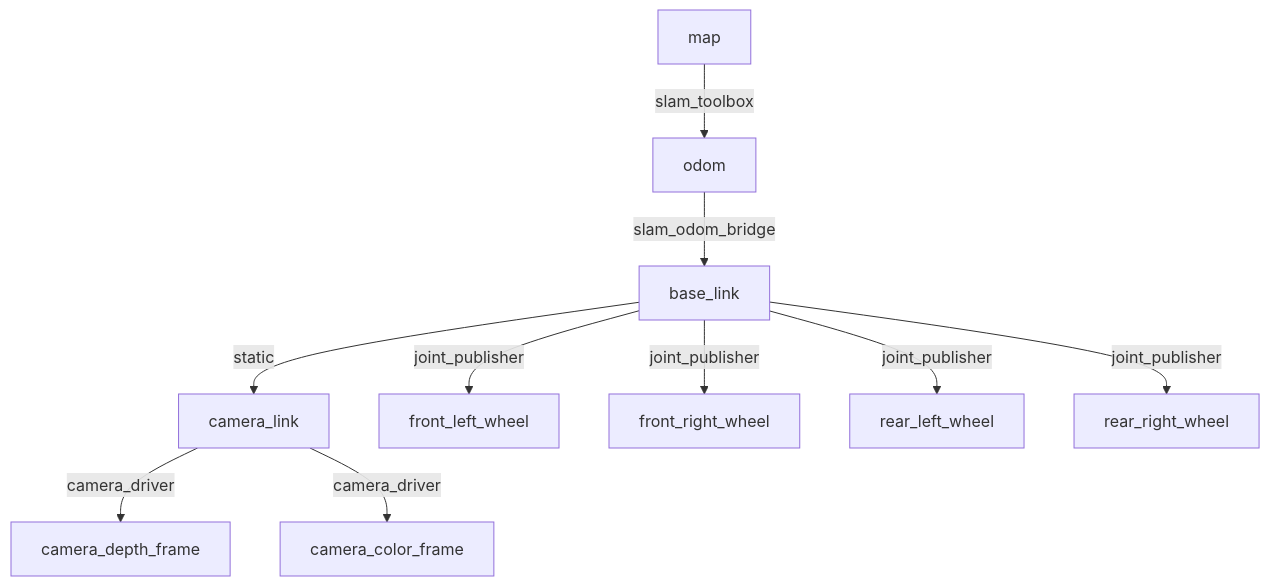
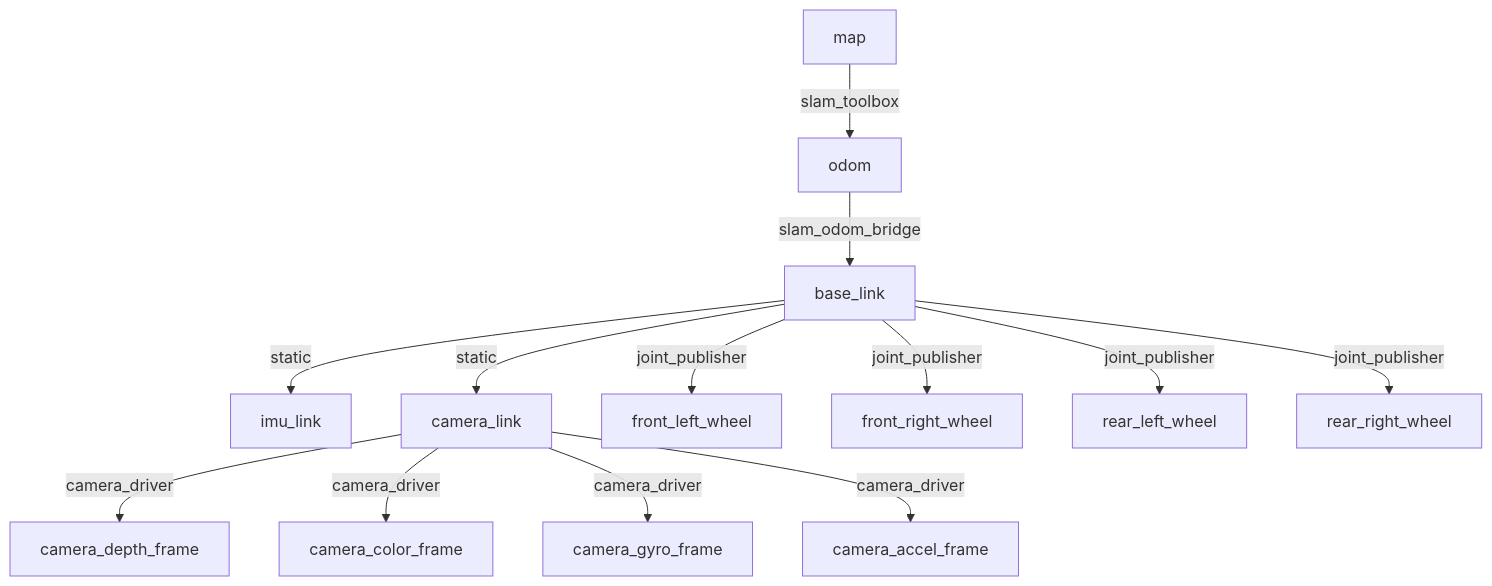
One commit to KashmeeraTT/Ackerman_UGV changed the sixth of 13 diagrams in SYSTEM_DOCUMENTATION.md. Above: the diagram before and after it, drawn with Mermaid. The commit also changed other lines of this file and 11 other files, not shown here.

Commit message:
feat: Implement dynamic steering calibration, refactor controller architecture by removing old headers, and adjust firmware publishing rates.

````diff
--- a/SYSTEM_DOCUMENTATION.md
+++ b/SYSTEM_DOCUMENTATION.md
@@ -343,23 +362,29 @@
 ```mermaid
 graph TB
     MAP[map]
     ODOM[odom]
     BASE[base_link]
+    IMU[imu_link]
     CAMERA[camera_link]
     DEPTH[camera_depth_frame]
     COLOR[camera_color_frame]
+    GYRO[camera_gyro_frame]
+    ACCEL[camera_accel_frame]
     FLWHEEL[front_left_wheel]
     FRWHEEL[front_right_wheel]
     RLWHEEL[rear_left_wheel]
     RRWHEEL[rear_right_wheel]
     
     MAP -->|slam_toolbox| ODOM
     ODOM -->|slam_odom_bridge| BASE
+    BASE -->|static| IMU
     BASE -->|static| CAMERA
     CAMERA -->|camera_driver| DEPTH
     CAMERA -->|camera_driver| COLOR
+    CAMERA -->|camera_driver| GYRO
+    CAMERA -->|camera_driver| ACCEL
     BASE -->|joint_publisher| FLWHEEL
     BASE -->|joint_publisher| FRWHEEL
     BASE -->|joint_publisher| RLWHEEL
     BASE -->|joint_publisher| RRWHEEL
 ```
````
